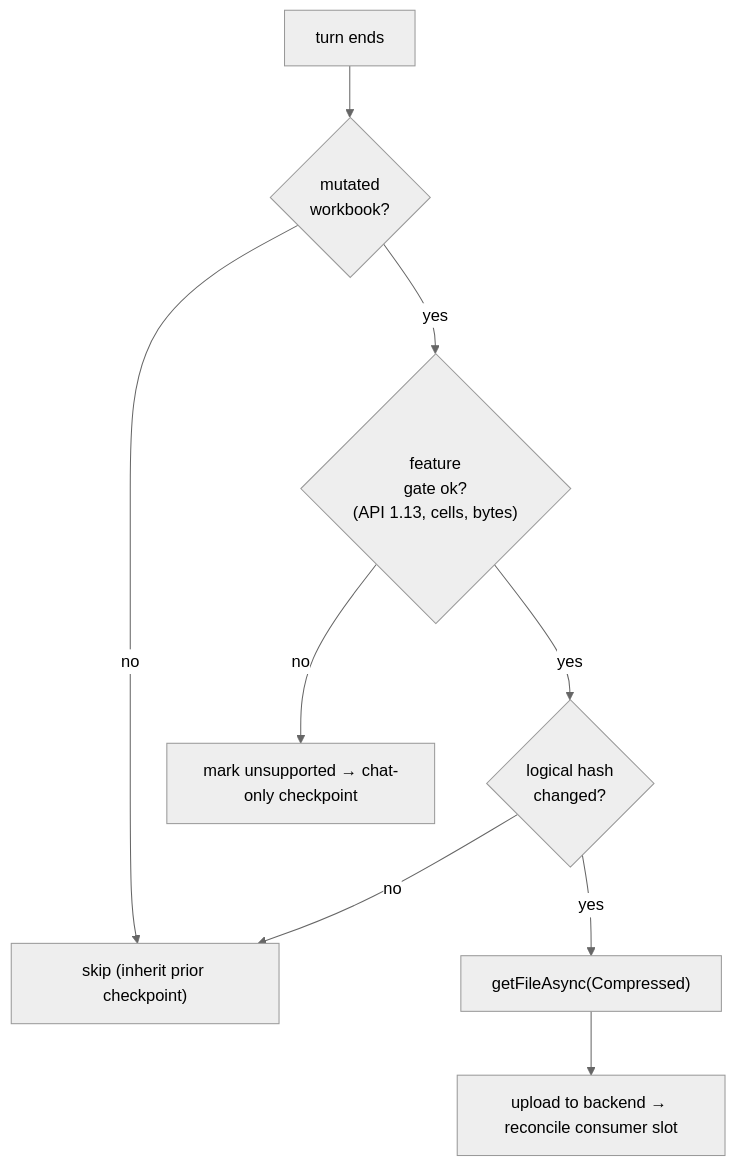
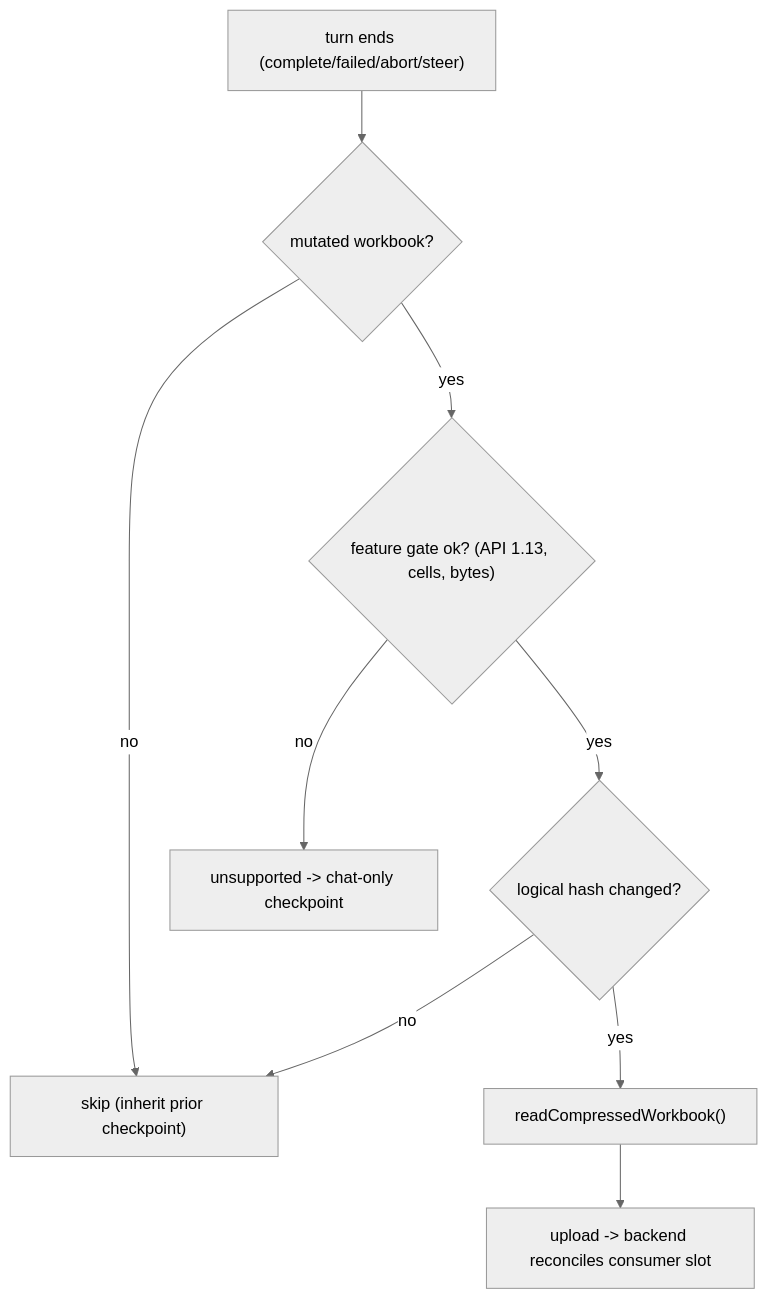
The diagram in fork_reset_design/03-nova-excel-addin.md (AuroSoni/agent-harness), drawn with Mermaid (neutral theme) before and after one commit. The commit also changed other lines of this file and 6 other files, not shown here.

````diff
--- a/fork_reset_design/03-nova-excel-addin.md
+++ b/fork_reset_design/03-nova-excel-addin.md
@@ -151,11 +164,11 @@
 ```mermaid
 flowchart TD
-    T["turn ends"] --> M{"mutated<br/>workbook?"}
+    T["turn ends (complete/failed/abort/steer)"] --> M{"mutated workbook?"}
     M -- no --> SKIP["skip (inherit prior checkpoint)"]
-    M -- yes --> G{"feature<br/>gate ok?<br/>(API 1.13, cells, bytes)"}
-    G -- no --> UNS["mark unsupported → chat-only checkpoint"]
-    G -- yes --> H{"logical hash<br/>changed?"}
+    M -- yes --> G{"feature gate ok? (API 1.13, cells, bytes)"}
+    G -- no --> UNS["unsupported -> chat-only checkpoint"]
+    G -- yes --> H{"logical hash changed?"}
     H -- no --> SKIP
-    H -- yes --> CAP["getFileAsync(Compressed)"]
-    CAP --> UP["upload to backend → reconcile consumer slot"]
+    H -- yes --> CAP["readCompressedWorkbook()"]
+    CAP --> UP["upload -> backend reconciles consumer slot"]
 ```
````
